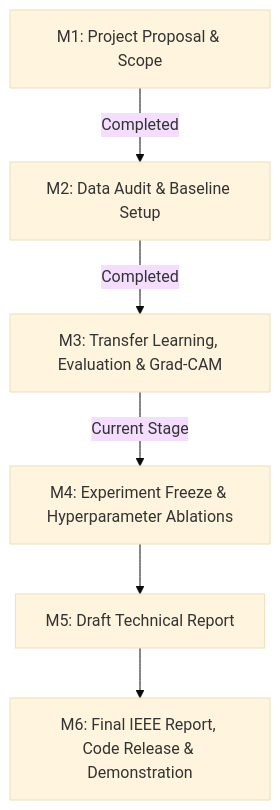
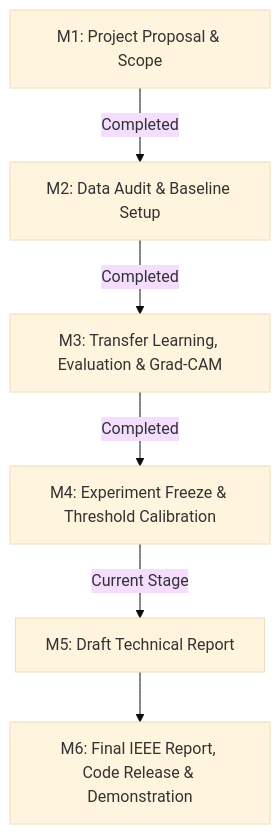
One commit to cepdnaclk/e22-co5430-melanoma-cancer-detection changed the diagram in README.md. Above: the diagram before and after it, drawn with Mermaid (base theme). The commit also changed other lines of this file and 34 other files, not shown here.

````diff
--- a/README.md
+++ b/README.md
@@ -34,8 +34,8 @@
 ```mermaid
 flowchart TD
     M1[M1: Project Proposal & Scope] -->|Completed| M2[M2: Data Audit & Baseline Setup]
     M2 -->|Completed| M3[M3: Transfer Learning, Evaluation & Grad-CAM]
-    M3 -->|Current Stage| M4[M4: Experiment Freeze & Hyperparameter Ablations]
-    M4 --> M5[M5: Draft Technical Report]
+    M3 -->|Completed| M4[M4: Experiment Freeze & Threshold Calibration]
+    M4 -->|Current Stage| M5[M5: Draft Technical Report]
     M5 --> M6[M6: Final IEEE Report, Code Release & Demonstration]
 ```
````
